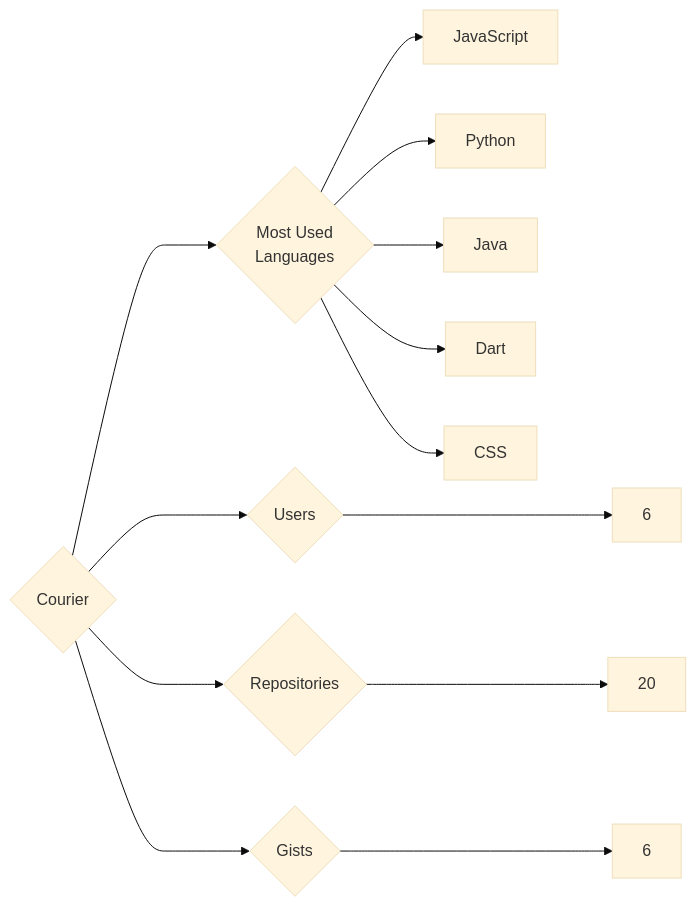
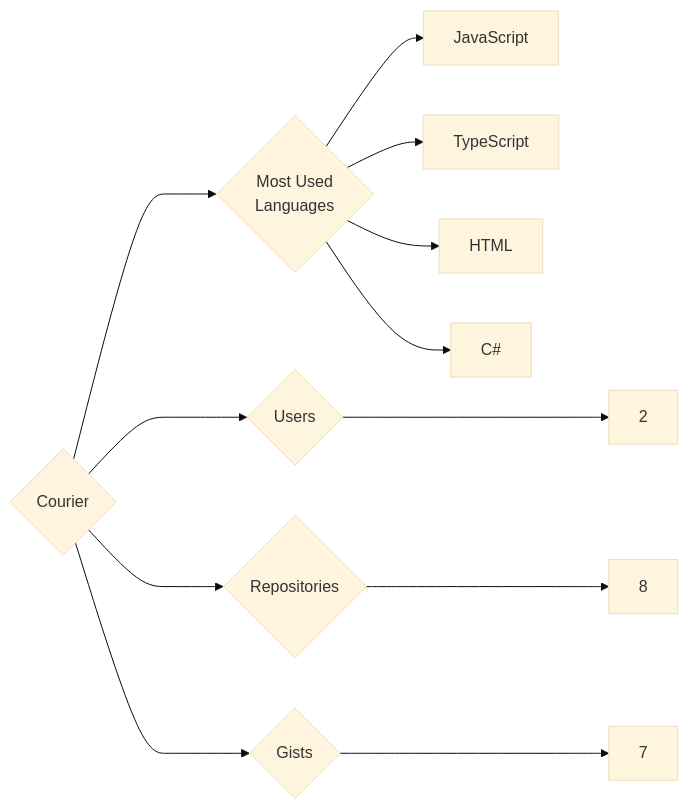
The diagram in targets/Courier/README.md (trickest/insiders), drawn with Mermaid (base theme) before and after one commit. The commit also changed 559 other files, not shown here.

````diff
--- a/targets/Courier/README.md
+++ b/targets/Courier/README.md
@@ -3,13 +3,12 @@
 ```mermaid
 graph LR
 COMPANY_NAME{Courier}
-COMPANY_NAME ---> U{Users} ---> UN[6]
-COMPANY_NAME ---> R{Repositories} ---> RN[20]
-COMPANY_NAME ---> G{Gists} ---> GN[6]
+COMPANY_NAME ---> U{Users} ---> UN[2]
+COMPANY_NAME ---> R{Repositories} ---> RN[8]
+COMPANY_NAME ---> G{Gists} ---> GN[7]
 COMPANY_NAME ---> ML{Most Used<br>Languages}
 ML --> JavaScript[JavaScript]
-ML --> Python[Python]
-ML --> Java[Java]
-ML --> Dart[Dart]
-ML --> CSS[CSS]
+ML --> TypeScript[TypeScript]
+ML --> HTML[HTML]
+ML --> C#[C#]
 ```
````
